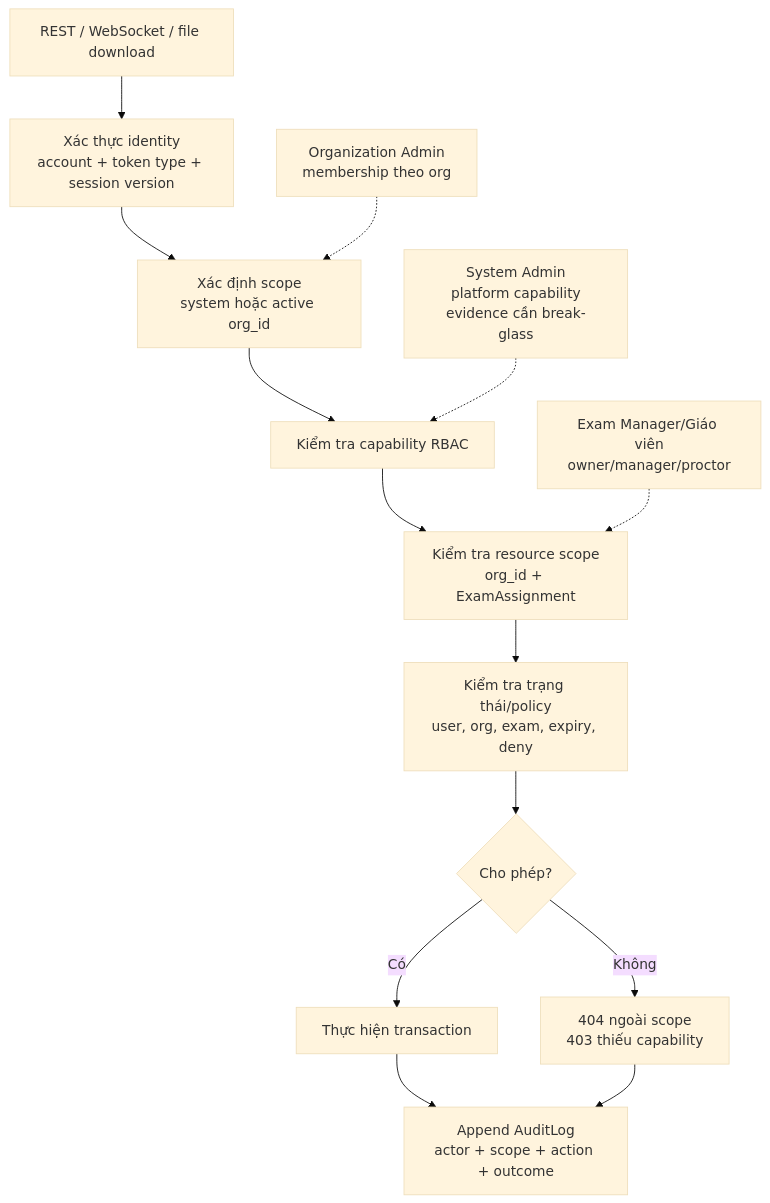
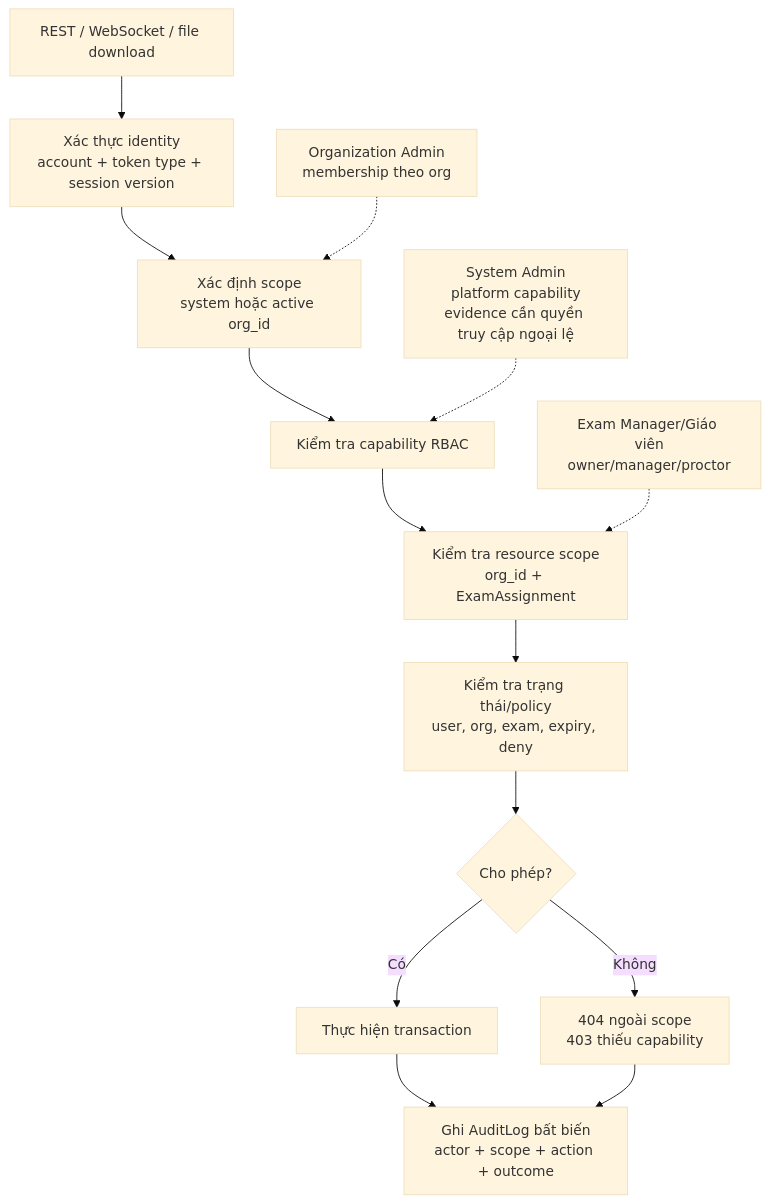
Before and after one commit to thongbaoloi2024-cyber/exam-proctor: the seventh of 8 diagrams in docs/DIAGRAMS.md, drawn with Mermaid (base theme). The commit also changed 47 other files, not shown here.

````diff
--- a/docs/DIAGRAMS.md
+++ b/docs/DIAGRAMS.md
@@ -329,17 +329,17 @@
 ```mermaid
 flowchart TB
     REQ["REST / WebSocket / file download"] --> AUTHN["Xác thực identity<br/>account + token type + session version"]
     AUTHN --> TENANT["Xác định scope<br/>system hoặc active org_id"]
     TENANT --> CAP["Kiểm tra capability RBAC"]
     CAP --> RESOURCE["Kiểm tra resource scope<br/>org_id + ExamAssignment"]
     RESOURCE --> STATE["Kiểm tra trạng thái/policy<br/>user, org, exam, expiry, deny"]
     STATE --> DECISION{"Cho phép?"}
     DECISION -->|Có| ACTION["Thực hiện transaction"]
     DECISION -->|Không| DENY["404 ngoài scope<br/>403 thiếu capability"]
-    ACTION --> AUDIT["Append AuditLog<br/>actor + scope + action + outcome"]
+    ACTION --> AUDIT["Ghi AuditLog bất biến<br/>actor + scope + action + outcome"]
     DENY --> AUDIT
 
-    SYS["System Admin<br/>platform capability<br/>evidence cần break-glass"] -.-> CAP
+    SYS["System Admin<br/>platform capability<br/>evidence cần quyền truy cập ngoại lệ"] -.-> CAP
     ORG["Organization Admin<br/>membership theo org"] -.-> TENANT
     EXAM["Exam Manager/Giáo viên<br/>owner/manager/proctor"] -.-> RESOURCE
 ```
````
